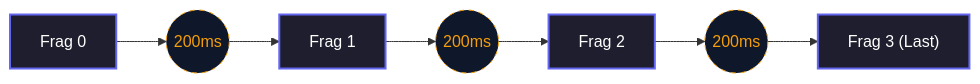
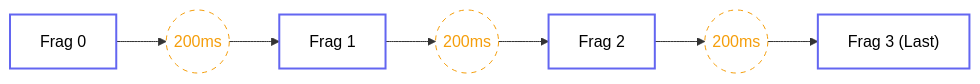
The third of 3 diagrams in src/docs/content/docs/rfc/transport/03-flow-control.mdx (qshosfw/hermes), drawn with Mermaid before and after one commit. The commit also changed other lines of this file and 29 other files, not shown here.

````diff
--- a/src/docs/content/docs/rfc/transport/03-flow-control.mdx
+++ b/src/docs/content/docs/rfc/transport/03-flow-control.mdx
@@ -225,14 +226,15 @@
 ```mermaid
+%%{init: {'themeVariables': {'clusterBkg': 'transparent'}}}%%
 graph LR
     F0[Frag 0] --> G0((200ms))
     G0 --> F1[Frag 1]
     F1 --> G1((200ms))
     G1 --> F2[Frag 2]
     F2 --> G2((200ms))
     G2 --> F3["Frag 3 (Last)"]
     
-    classDef frag fill:#1e1e2e,stroke:#6366f1,stroke-width:2px,color:white
-    classDef gap fill:#0f172a,stroke:#f59e0b,stroke-width:1px,stroke-dasharray:5 5,color:#f59e0b
+    classDef frag fill:transparent,stroke:#6366f1,stroke-width:2px,color:inherit
+    classDef gap fill:transparent,stroke:#f59e0b,stroke-width:1px,stroke-dasharray:5 5,color:#f59e0b
     class F0,F1,F2,F3 frag
     class G0,G1,G2 gap
 ```
````
